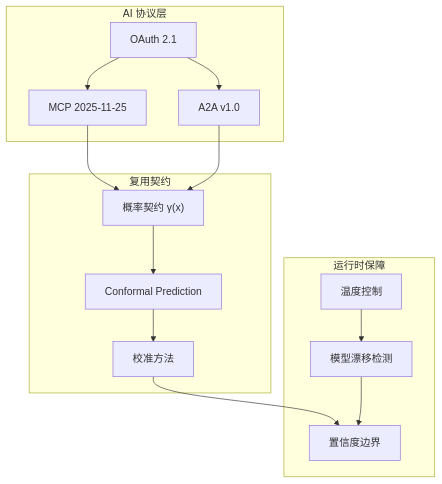
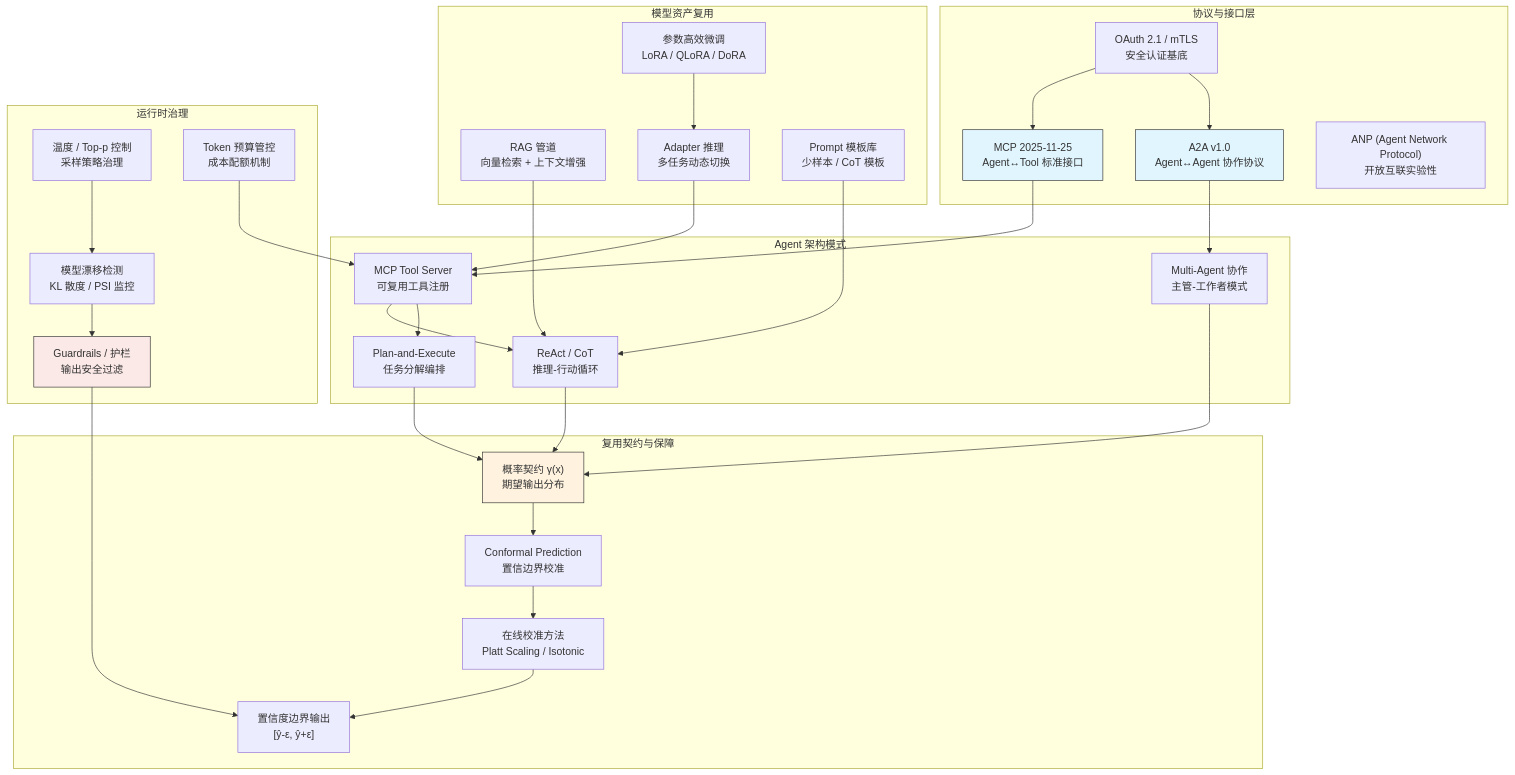
The diagram in struct/99-reference/visualizations/12-ai-native-reuse.mmd (AdaMartin18010/Architecture), drawn with Mermaid before and after one commit. The commit also changed 45 other files, not shown here.

```diff
--- a/struct/99-reference/visualizations/12-ai-native-reuse.mmd
+++ b/struct/99-reference/visualizations/12-ai-native-reuse.mmd
@@ -1,28 +1,62 @@
+%% 版本: 2026-06-10 | 状态: B3 完成 | 主题: 12 AI 原生架构复用
 flowchart TB
-    subgraph AI 协议层
-        MCP["MCP 2025-11-25"]
-        A2A_AI["A2A v1.0"]
-        OAUTH["OAuth 2.1"]
+    subgraph "协议与接口层"
+        MCP["MCP 2025-11-25<br/>Agent↔Tool 标准接口"]
+        A2A["A2A v1.0<br/>Agent↔Agent 协作协议"]
+        OAUTH["OAuth 2.1 / mTLS<br/>安全认证基底"]
+        ANP["ANP (Agent Network Protocol)<br/>开放互联实验性"]
     end
 
-    subgraph 复用契约
-        PROB["概率契约 γ(x)"]
-        CP["Conformal Prediction"]
-        CALIB["校准方法"]
+    subgraph "复用契约与保障"
+        PROB["概率契约 γ(x)<br/>期望输出分布"]
+        CP["Conformal Prediction<br/>置信边界校准"]
+        CALIB["在线校准方法<br/>Platt Scaling / Isotonic"]
+        CONF["置信度边界输出<br/>[ŷ-ε, ŷ+ε]"]
     end
 
-    subgraph 运行时保障
-        TEMP["温度控制"]
-        DRIFT["模型漂移检测"]
-        CONF["置信度边界"]
+    subgraph "Agent 架构模式"
+        REACT["ReAct / CoT<br/>推理-行动循环"]
+        PLAN["Plan-and-Execute<br/>任务分解编排"]
+        MULTI["Multi-Agent 协作<br/>主管-工作者模式"]
+        MCP_T["MCP Tool Server<br/>可复用工具注册"]
     end
 
-    MCP --> PROB
-    A2A_AI --> PROB
+    subgraph "模型资产复用"
+        RAG["RAG 管道<br/>向量检索 + 上下文增强"]
+        FT["参数高效微调<br/>LoRA / QLoRA / DoRA"]
+        ADAPTER["Adapter 推理<br/>多任务动态切换"]
+        PROMPT["Prompt 模板库<br/>少样本 / CoT 模板"]
+    end
+
+    subgraph "运行时治理"
+        TEMP["温度 / Top-p 控制<br/>采样策略治理"]
+        DRIFT["模型漂移检测<br/>KL 散度 / PSI 监控"]
+        GUARD["Guardrails / 护栏<br/>输出安全过滤"]
+        COST["Token 预算管控<br/>成本配额机制"]
+    end
+
+    OAUTH --> MCP
+    OAUTH --> A2A
+    MCP --> MCP_T
+    A2A --> MULTI
+    MCP_T --> REACT
+    MCP_T --> PLAN
+    REACT --> PROB
+    PLAN --> PROB
+    MULTI --> PROB
     PROB --> CP
     CP --> CALIB
     CALIB --> CONF
     TEMP --> DRIFT
-    DRIFT --> CONF
-    OAUTH --> MCP
-    OAUTH --> A2A_AI
+    DRIFT --> GUARD
+    GUARD --> CONF
+    RAG --> REACT
+    FT --> ADAPTER
+    ADAPTER --> MCP_T
+    PROMPT --> REACT
+    COST --> MCP_T
+
+    style MCP fill:#e1f5fe,stroke:#333
+    style A2A fill:#e1f5fe,stroke:#333
+    style PROB fill:#fff3e0,stroke:#333
+    style GUARD fill:#fbe9e7,stroke:#333
```
